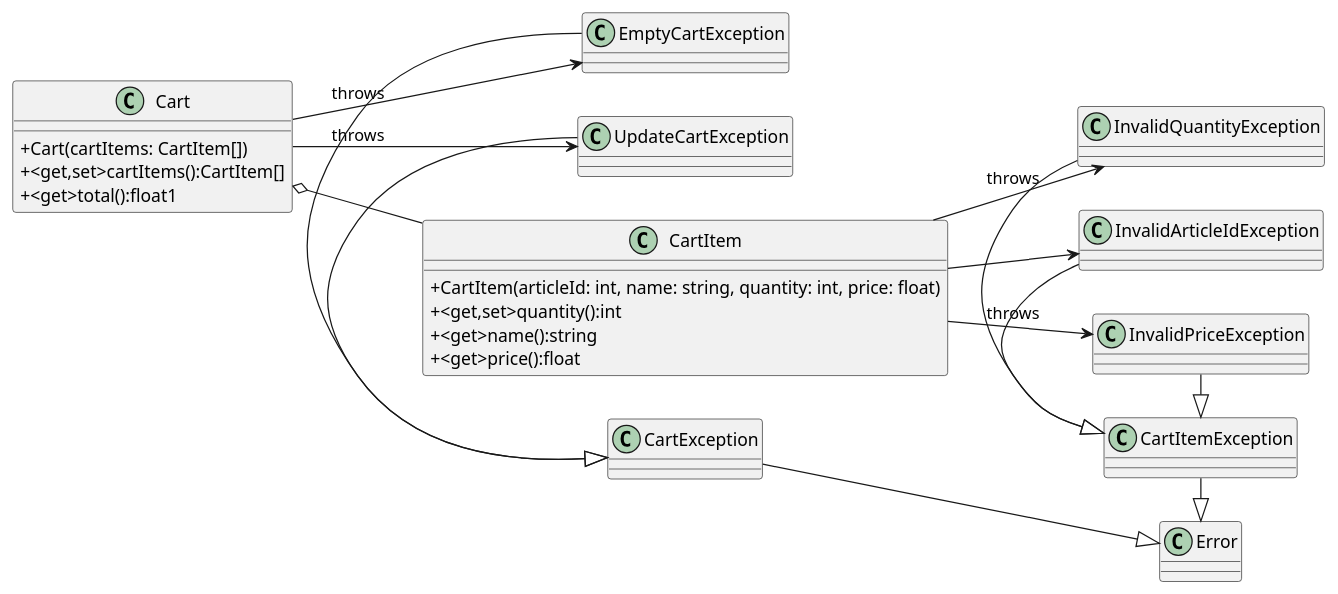
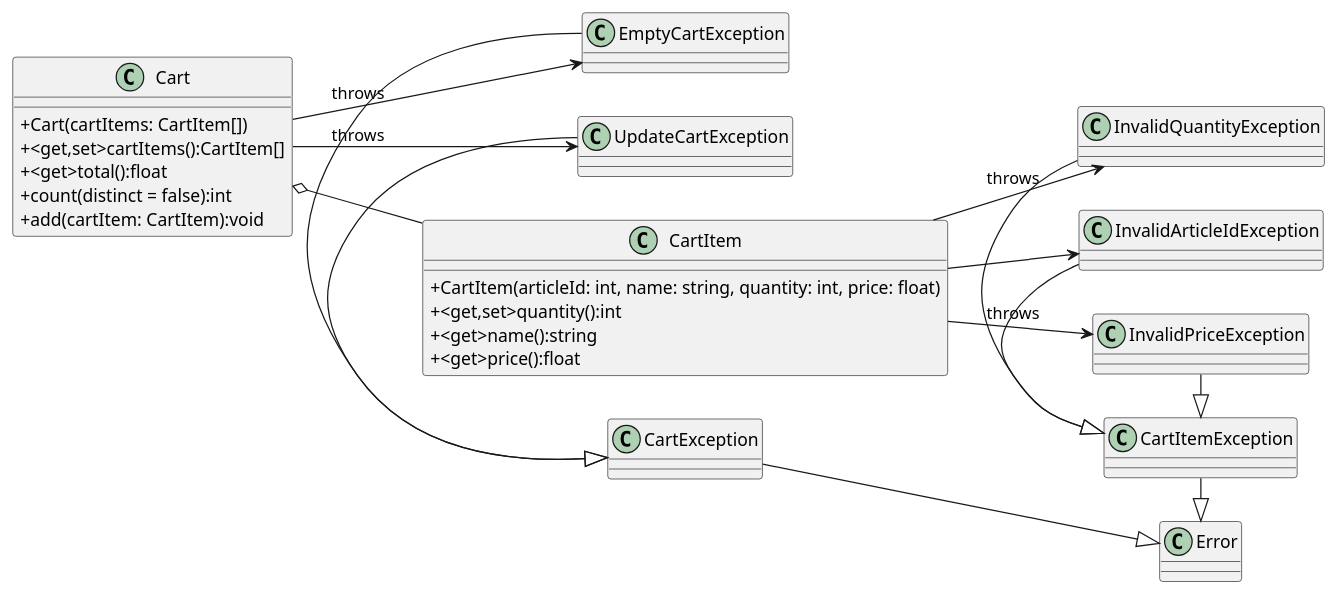
The diagram in docs/diagramClass.wsd (NathanChauveau/Shopping), drawn with PlantUML before and after one commit.

Commit message:
docs: update diagram based on the code for cart class

```diff
--- a/docs/diagramClass.wsd
+++ b/docs/diagramClass.wsd
@@ -1,47 +1,48 @@
 @startuml
 
 left to right direction
 skinparam classAttributeIconSize 0
 
 'Classes declaration
 class CartItem{
    +CartItem(articleId: int, name: string, quantity: int, price: float)
    +<get,set>quantity():int
    +<get>name():string
    +<get>price():float
 }
 class Cart{
     +Cart(cartItems: CartItem[])
     +<get,set>cartItems():CartItem[]
-    +<get>total():float1
-    
+    +<get>total():float
+    +count(distinct = false):int
+    +add(cartItem: CartItem):void
 }
 
 
 class Error{}
 class CartItemException{}
 class InvalidArticleIdException{}
 class InvalidQuantityException{}
 class InvalidPriceException{}
 class EmptyCartException{}
 class UpdateCartException{}
 class CartException{}
 
 'Relations
 CartItem --> InvalidArticleIdException
 CartItem --> InvalidQuantityException : throws
 CartItem --> InvalidPriceException : throws
 Cart --> EmptyCartException : throws
 Cart --> UpdateCartException : throws
 Cart o-- CartItem
 
 'Exception inheritance
 InvalidArticleIdException -|> CartItemException
 InvalidPriceException -|> CartItemException
 InvalidQuantityException -|> CartItemException
 CartItemException -|> Error
 EmptyCartException -|> CartException
 UpdateCartException -|> CartException
 CartException -|> Error
 
 @enduml
```
